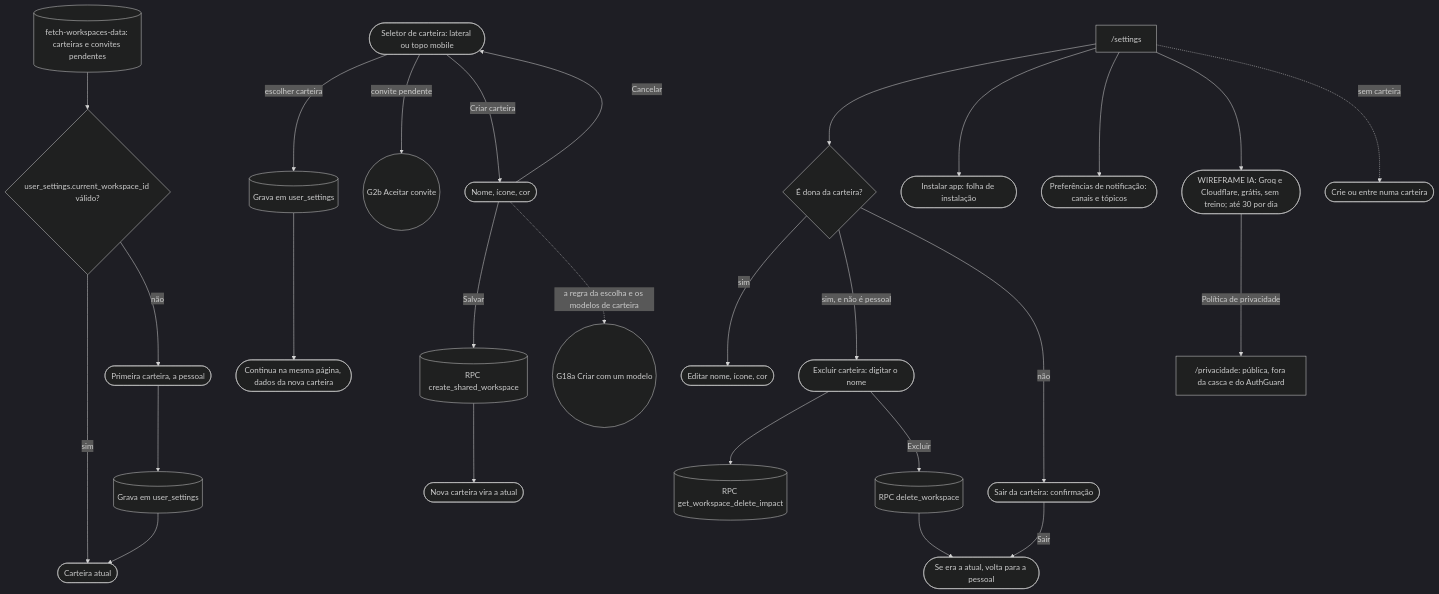
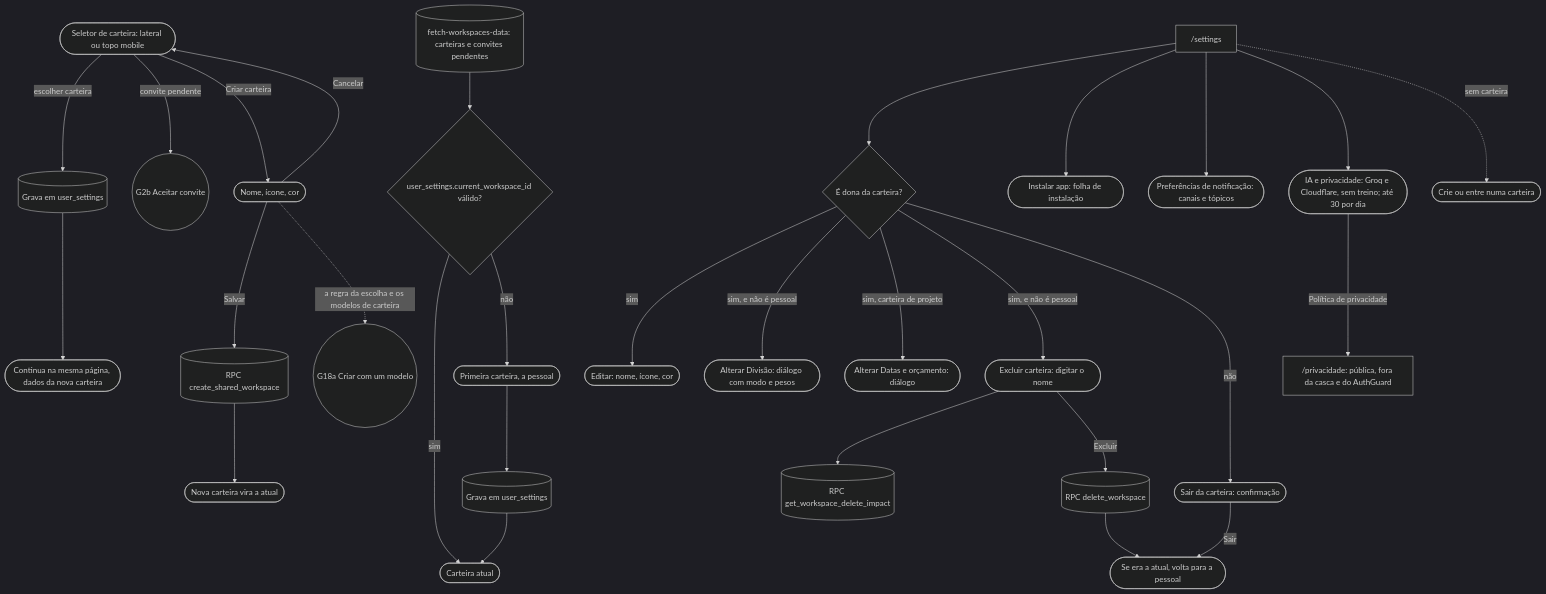
One commit to kauax2000/finance_app changed the fourth of 31 diagrams in docs/JORNADAS.md. Above: the diagram before and after it, drawn with Mermaid. The commit also changed other lines of this file and 2 other files, not shown here.

````diff
--- a/docs/JORNADAS.md
+++ b/docs/JORNADAS.md
@@ -300,26 +300,28 @@
 ```mermaid
 %%{init: {"theme": "dark"}}%%
 flowchart TD
     load[("fetch-workspaces-data: carteiras e convites pendentes")] --> current{"user_settings.current_workspace_id válido?"}
     current -->|"sim"| use(["Carteira atual"])
     current -->|"não"| first(["Primeira carteira, a pessoal"]) --> save[("Grava em user_settings")] --> use
 
     switcher(["Seletor de carteira: lateral ou topo mobile"]) -->|"escolher carteira"| save2[("Grava em user_settings")] --> same(["Continua na mesma página, dados da nova carteira"])
     switcher -->|"convite pendente"| accept(("G2b Aceitar convite"))
     switcher -->|"Criar carteira"| createDlg(["Nome, ícone, cor"])
     createDlg -->|"Salvar"| createRpc[("RPC create_shared_workspace")] --> newCurrent(["Nova carteira vira a atual"])
     createDlg -->|"Cancelar"| switcher
     createDlg -.->|"a regra da escolha e os modelos de carteira"| G18a(("G18a Criar com um modelo"))
 
     settings["/settings"] --> owner{"É dona da carteira?"}
-    owner -->|"sim"| edit(["Editar nome, ícone, cor"])
+    owner -->|"sim"| edit(["Editar: nome, ícone, cor"])
+    owner -->|"sim, e não é pessoal"| divisao(["Alterar Divisão: diálogo com modo e pesos"])
+    owner -->|"sim, carteira de projeto"| datas(["Alterar Datas e orçamento: diálogo"])
     owner -->|"sim, e não é pessoal"| del(["Excluir carteira: digitar o nome"])
     del --> impact[("RPC get_workspace_delete_impact")]
     del -->|"Excluir"| delRpc[("RPC delete_workspace")] --> fallback(["Se era a atual, volta para a pessoal"])
     owner -->|"não"| leave(["Sair da carteira: confirmação"]) -->|"Sair"| fallback
     settings --> pwa(["Instalar app: folha de instalação"])
     settings --> notif(["Preferências de notificação: canais e tópicos"])
-    settings --> iaWf(["WIREFRAME IA: Groq e Cloudflare, grátis, sem treino; até 30 por dia"])
-    iaWf -->|"Política de privacidade"| privacy["/privacidade: pública, fora da casca e do AuthGuard"]
+    settings --> ia(["IA e privacidade: Groq e Cloudflare, sem treino; até 30 por dia"])
+    ia -->|"Política de privacidade"| privacy["/privacidade: pública, fora da casca e do AuthGuard"]
     settings -.->|"sem carteira"| empty(["Crie ou entre numa carteira"])
 ```
````
